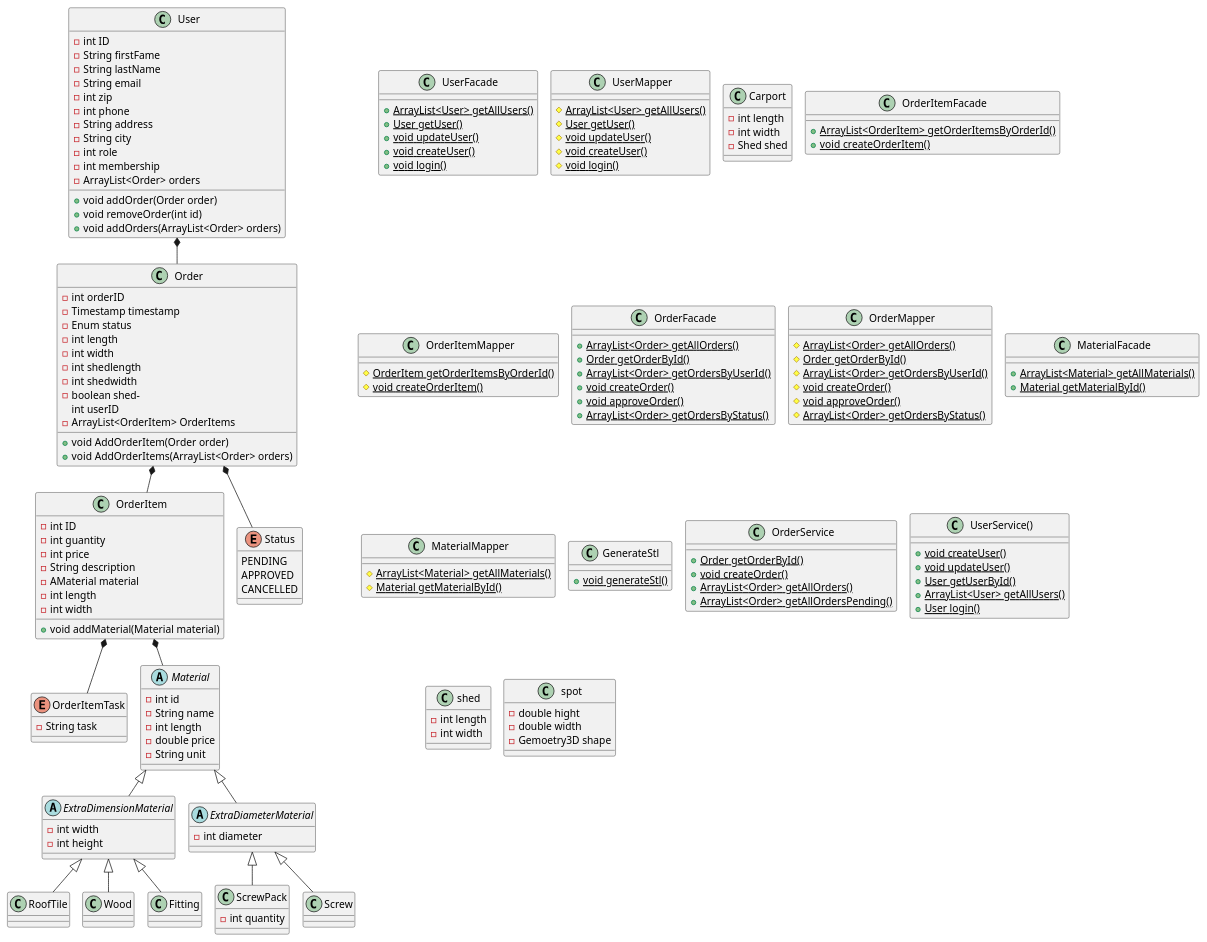
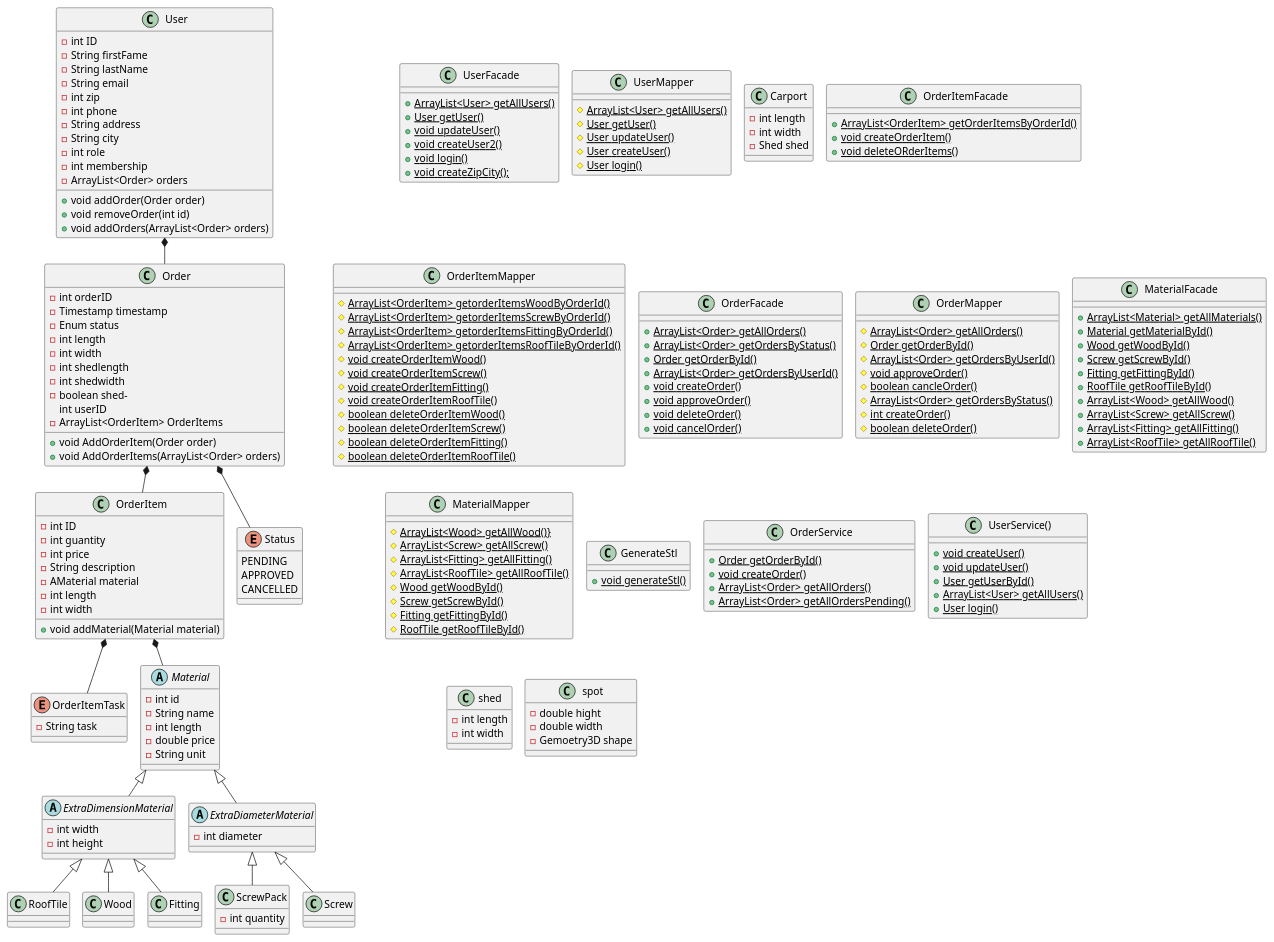
The diagram in documentation/ClassDiagramV4.puml (HeinLarsen/fog-carport), drawn with PlantUML before and after one commit. The commit also changed 3 other files, not shown here.

Commit message:
CreateUser Refractor

```diff
--- a/documentation/ClassDiagramV4.puml
+++ b/documentation/ClassDiagramV4.puml
@@ -24,16 +24,18 @@
 + {static} ArrayList<User> getAllUsers()
 + {static} User getUser()
 + {static} void updateUser()
-+ {static} void createUser()
++ {static} void createUser2()
 + {static} void login()
++ {static} void createZipCity();
 }
 
 class UserMapper {
 # {static} ArrayList<User> getAllUsers()
 # {static} User getUser()
-# {static} void updateUser()
-# {static} void createUser()
-# {static} void login()
+# {static} User updateUser()
+# {static} User createUser()
+# {static} User login()
+
 }
 
 class Carport{
@@ -60,11 +62,22 @@
 class OrderItemFacade {
 + {static} ArrayList<OrderItem> getOrderItemsByOrderId()
 + {static} void createOrderItem()
++ {static} void deleteORderItems()
 }
 
 class OrderItemMapper {
-# {static} OrderItem getOrderItemsByOrderId()
-# {static} void createOrderItem()
+# {static} ArrayList<OrderItem> getorderItemsWoodByOrderId()
+# {static} ArrayList<OrderItem> getorderItemsScrewByOrderId()
+# {static} ArrayList<OrderItem> getorderItemsFittingByOrderId()
+# {static} ArrayList<OrderItem> getorderItemsRoofTileByOrderId()
+# {static} void createOrderItemWood()
+# {static} void createOrderItemScrew()
+# {static} void createOrderItemFitting()
+# {static} void createOrderItemRoofTile()
+# {static} boolean deleteOrderItemWood()
+# {static} boolean deleteOrderItemScrew()
+# {static} boolean deleteOrderItemFitting()
+# {static} boolean deleteOrderItemRoofTile()
 }
 
 class Order {
@@ -84,30 +97,48 @@
 
 class OrderFacade {
 + {static} ArrayList<Order> getAllOrders()
++ {static} ArrayList<Order> getOrdersByStatus()
 + {static} Order getOrderById()
 + {static} ArrayList<Order> getOrdersByUserId()
 + {static} void createOrder()
 + {static} void approveOrder()
-+ {static} ArrayList<Order> getOrdersByStatus()
++ {static} void deleteOrder()
++ {static} void cancelOrder()
 }
 
 class OrderMapper {
 # {static} ArrayList<Order> getAllOrders()
 # {static} Order getOrderById()
 # {static} ArrayList<Order> getOrdersByUserId()
-# {static} void createOrder()
 # {static} void approveOrder()
+# {static} boolean cancleOrder()
 # {static} ArrayList<Order> getOrdersByStatus()
+# {static} int createOrder()
+# {static} boolean deleteOrder()
 }
 
 class MaterialFacade {
 + {static} ArrayList<Material> getAllMaterials()
 + {static} Material getMaterialById()
++ {static} Wood getWoodById()
++ {static} Screw getScrewById()
++ {static} Fitting getFittingById()
++ {static} RoofTile getRoofTileById()
++ {static} ArrayList<Wood> getAllWood()
++ {static} ArrayList<Screw> getAllScrew()
++ {static} ArrayList<Fitting> getAllFitting()
++ {static} ArrayList<RoofTile> getAllRoofTile()
 }
 
 class MaterialMapper {
-# {static} ArrayList<Material> getAllMaterials()
-# {static} Material getMaterialById()
+# {static} ArrayList<Wood> getAllWood()}
+# {static} ArrayList<Screw> getAllScrew()
+# {static} ArrayList<Fitting> getAllFitting()
+# {static} ArrayList<RoofTile> getAllRoofTile()
+# {static} Wood getWoodById()
+# {static} Screw getScrewById()
+# {static} Fitting getFittingById()
+# {static} RoofTile getRoofTileById()
 }
 
 class GenerateStl {
```
